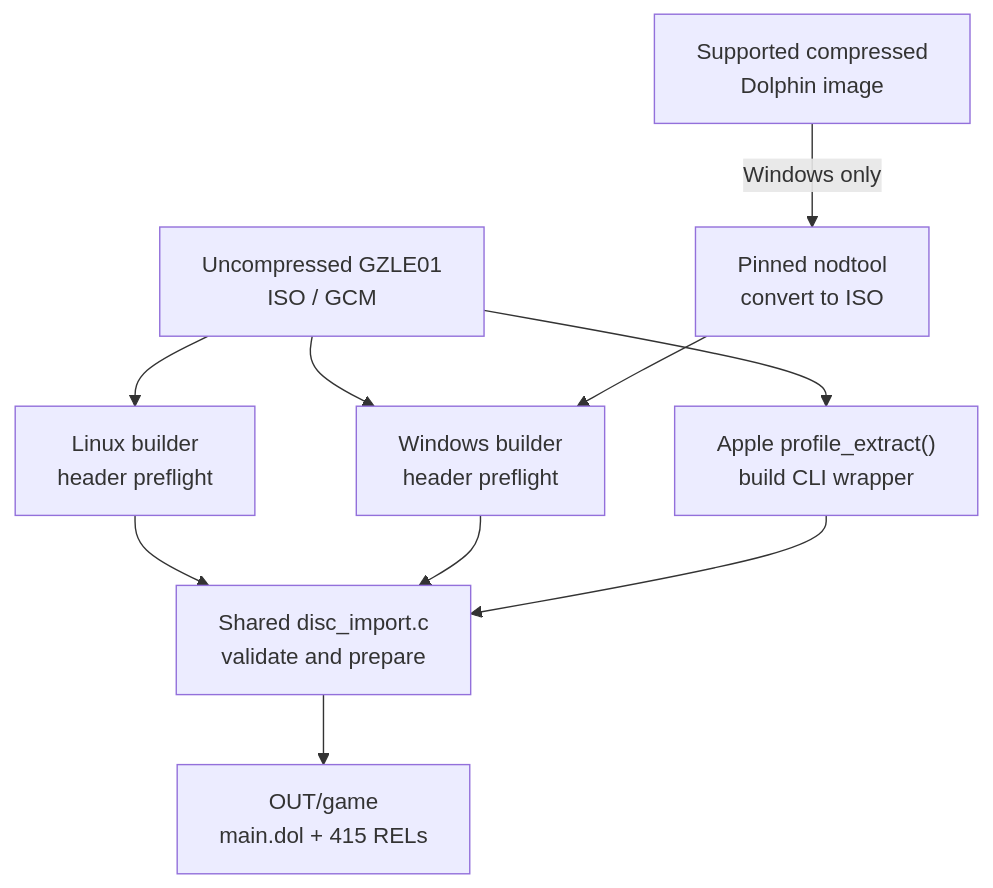
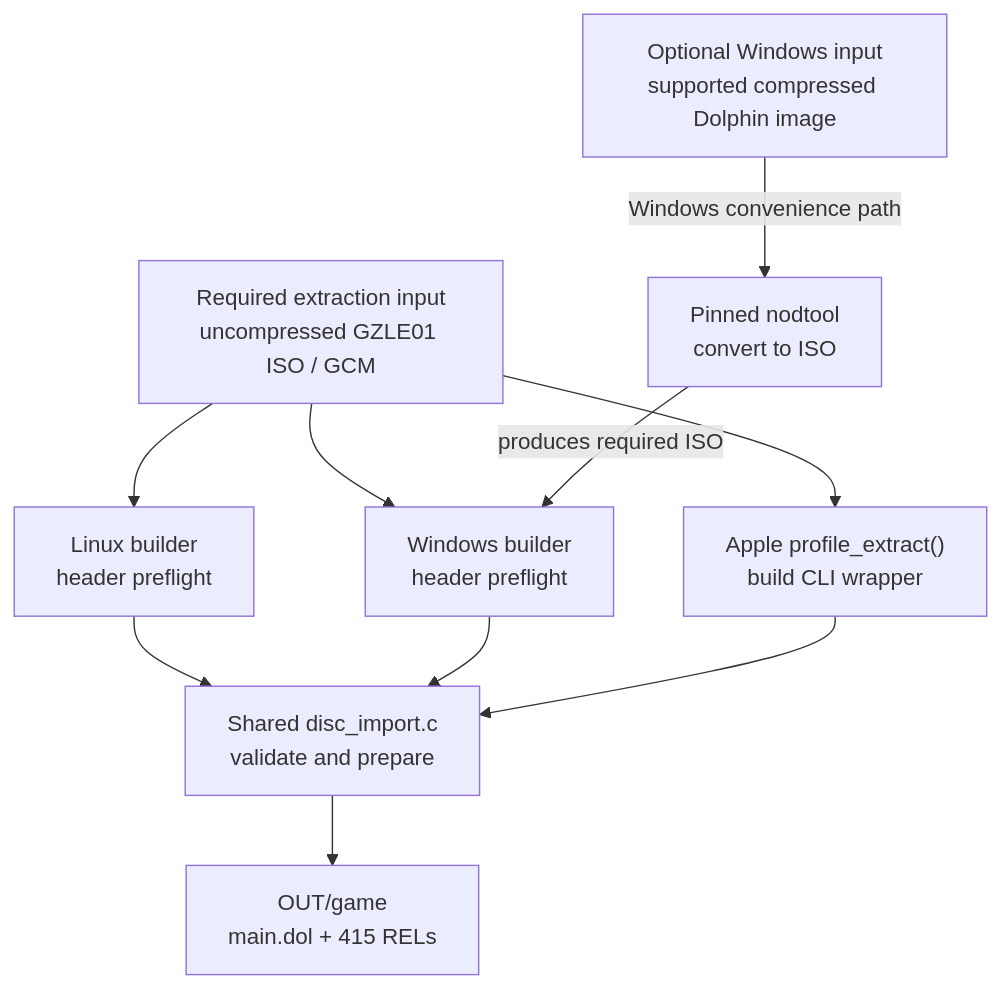
One commit to Aelbannan/boat_of_daphnes changed the fourth of 4 diagrams in docs/architecture/Build.md. Above: the diagram before and after it, drawn with Mermaid. The commit also changed other lines of this file, not shown here.

Commit message:
docs: clarify optional Windows disc conversion

````diff
--- a/docs/architecture/Build.md
+++ b/docs/architecture/Build.md
@@ -228,20 +228,21 @@
 ```mermaid
 flowchart TD
-    Disc["Uncompressed GZLE01<br/>ISO / GCM"]
-    Compressed["Supported compressed<br/>Dolphin image"]
+    Disc["Required extraction input<br/>uncompressed GZLE01 ISO / GCM"]
+    Compressed["Optional Windows input<br/>supported compressed Dolphin image"]
     Linux["Linux builder<br/>header preflight"]
     Windows["Windows builder<br/>header preflight"]
     Convert["Pinned nodtool<br/>convert to ISO"]
     Apple["Apple profile_extract()<br/>build CLI wrapper"]
     Importer["Shared disc_import.c<br/>validate and prepare"]
     Output["OUT/game<br/>main.dol + 415 RELs"]
 
     Disc --> Linux
     Disc --> Windows
     Disc --> Apple
-    Compressed -->|Windows only| Convert --> Windows
+    Compressed -->|Windows convenience path| Convert
+    Convert -->|produces required ISO| Windows
     Linux --> Importer
     Windows --> Importer
     Apple --> Importer
     Importer --> Output
 ```
````
